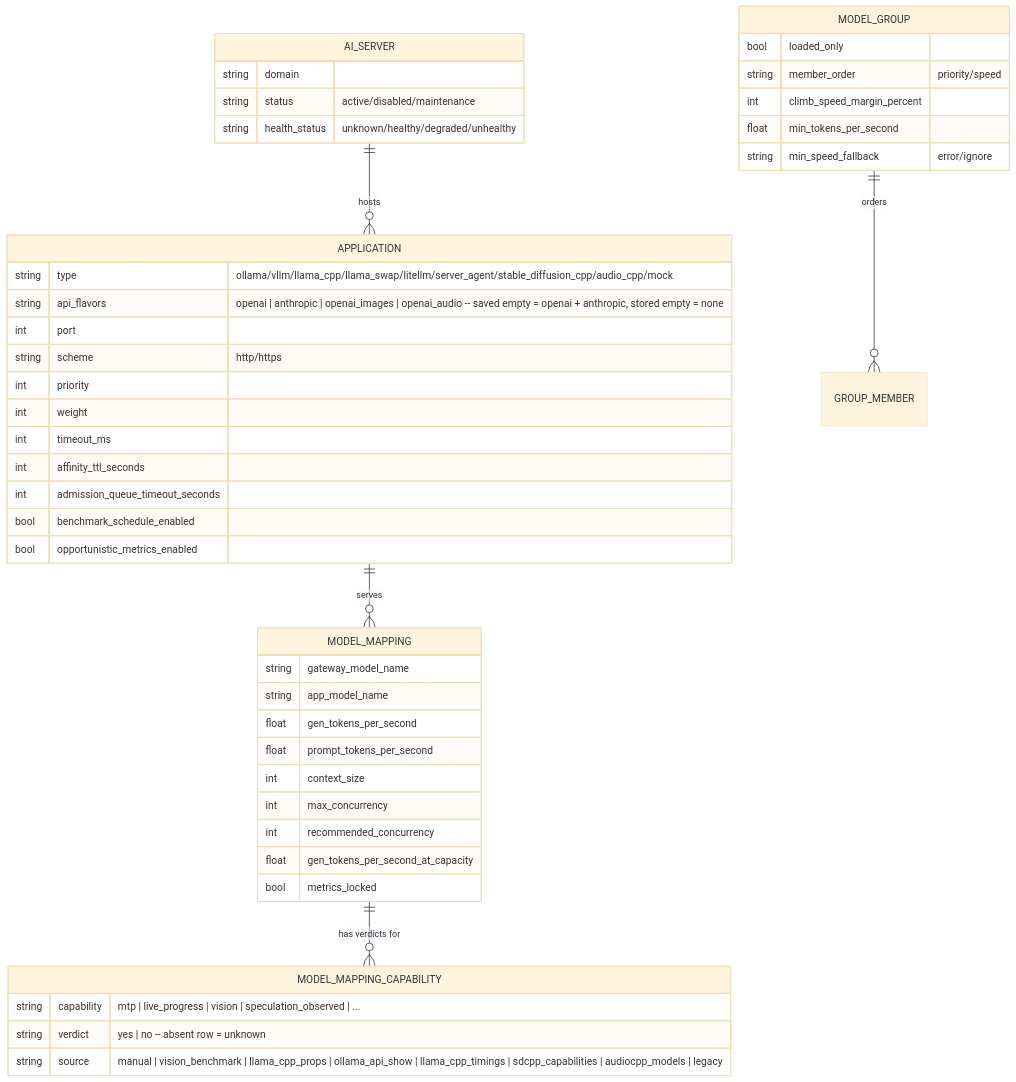
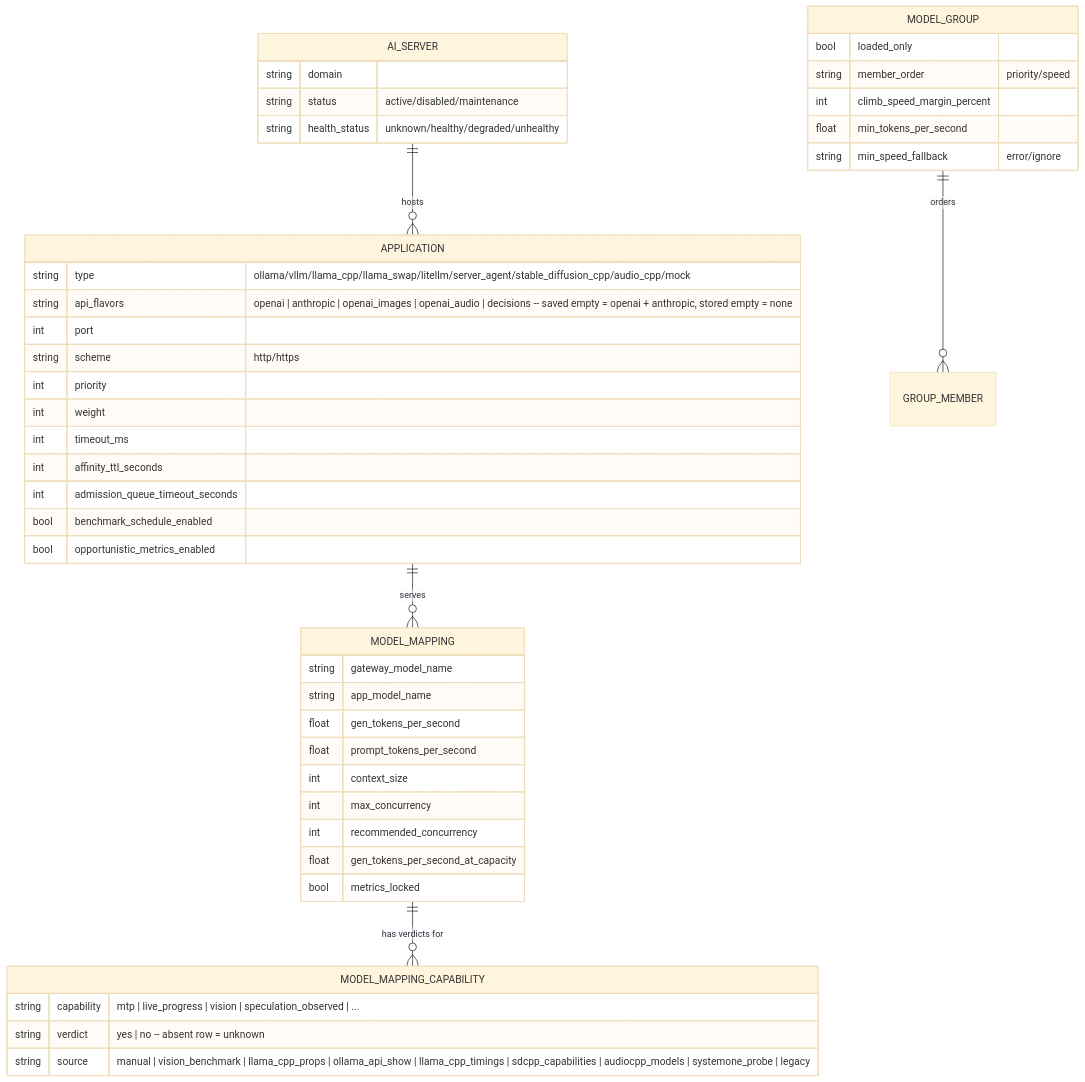
Before and after one commit to JLor08/op-ai-gateway: the first of 5 diagrams in docs/architecture/cross-cutting/routing-and-model-selection.md, drawn with Mermaid (base theme). The commit also changed other lines of this file and 74 other files, not shown here.

````diff
--- a/docs/architecture/cross-cutting/routing-and-model-selection.md
+++ b/docs/architecture/cross-cutting/routing-and-model-selection.md
@@ -14,49 +14,49 @@
 ```mermaid
 erDiagram
     AI_SERVER ||--o{ APPLICATION : hosts
     APPLICATION ||--o{ MODEL_MAPPING : serves
     MODEL_MAPPING ||--o{ MODEL_MAPPING_CAPABILITY : "has verdicts for"
     MODEL_GROUP ||--o{ GROUP_MEMBER : orders
 
     AI_SERVER {
         string domain
         string status "active/disabled/maintenance"
         string health_status "unknown/healthy/degraded/unhealthy"
     }
     APPLICATION {
         string type "ollama/vllm/llama_cpp/llama_swap/litellm/server_agent/stable_diffusion_cpp/audio_cpp/mock"
-        string api_flavors "openai | anthropic | openai_images | openai_audio -- saved empty = openai + anthropic, stored empty = none"
+        string api_flavors "openai | anthropic | openai_images | openai_audio | decisions -- saved empty = openai + anthropic, stored empty = none"
         int port
         string scheme "http/https"
         int priority
         int weight
         int timeout_ms
         int affinity_ttl_seconds
         int admission_queue_timeout_seconds
         bool benchmark_schedule_enabled
         bool opportunistic_metrics_enabled
     }
     MODEL_MAPPING {
         string gateway_model_name
         string app_model_name
         float gen_tokens_per_second
         float prompt_tokens_per_second
         int context_size
         int max_concurrency
         int recommended_concurrency
         float gen_tokens_per_second_at_capacity
         bool metrics_locked
     }
     MODEL_MAPPING_CAPABILITY {
         string capability "mtp | live_progress | vision | speculation_observed | ..."
         string verdict "yes | no -- absent row = unknown"
-        string source "manual | vision_benchmark | llama_cpp_props | ollama_api_show | llama_cpp_timings | sdcpp_capabilities | audiocpp_models | legacy"
+        string source "manual | vision_benchmark | llama_cpp_props | ollama_api_show | llama_cpp_timings | sdcpp_capabilities | audiocpp_models | systemone_probe | legacy"
     }
     MODEL_GROUP {
         bool loaded_only
         string member_order "priority/speed"
         int climb_speed_margin_percent
         float min_tokens_per_second
         string min_speed_fallback "error/ignore"
     }
 ```
````
